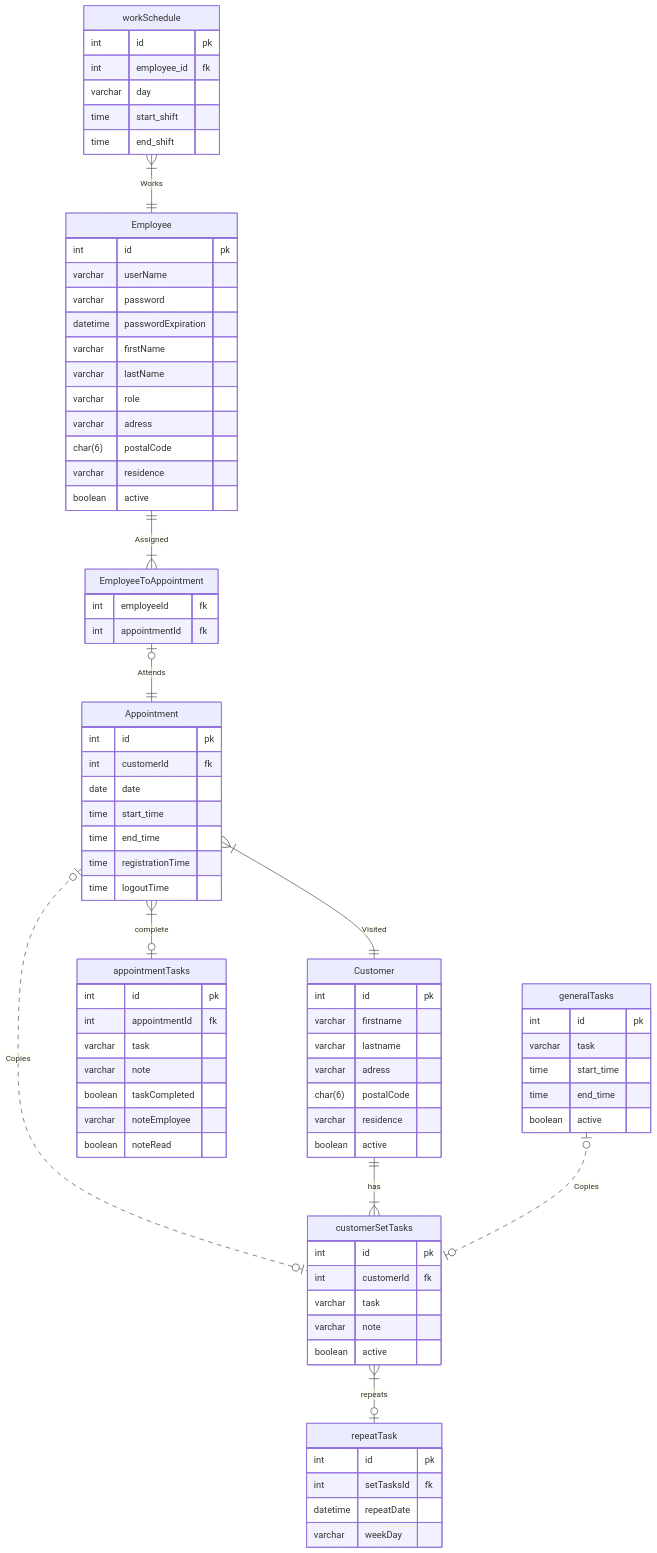
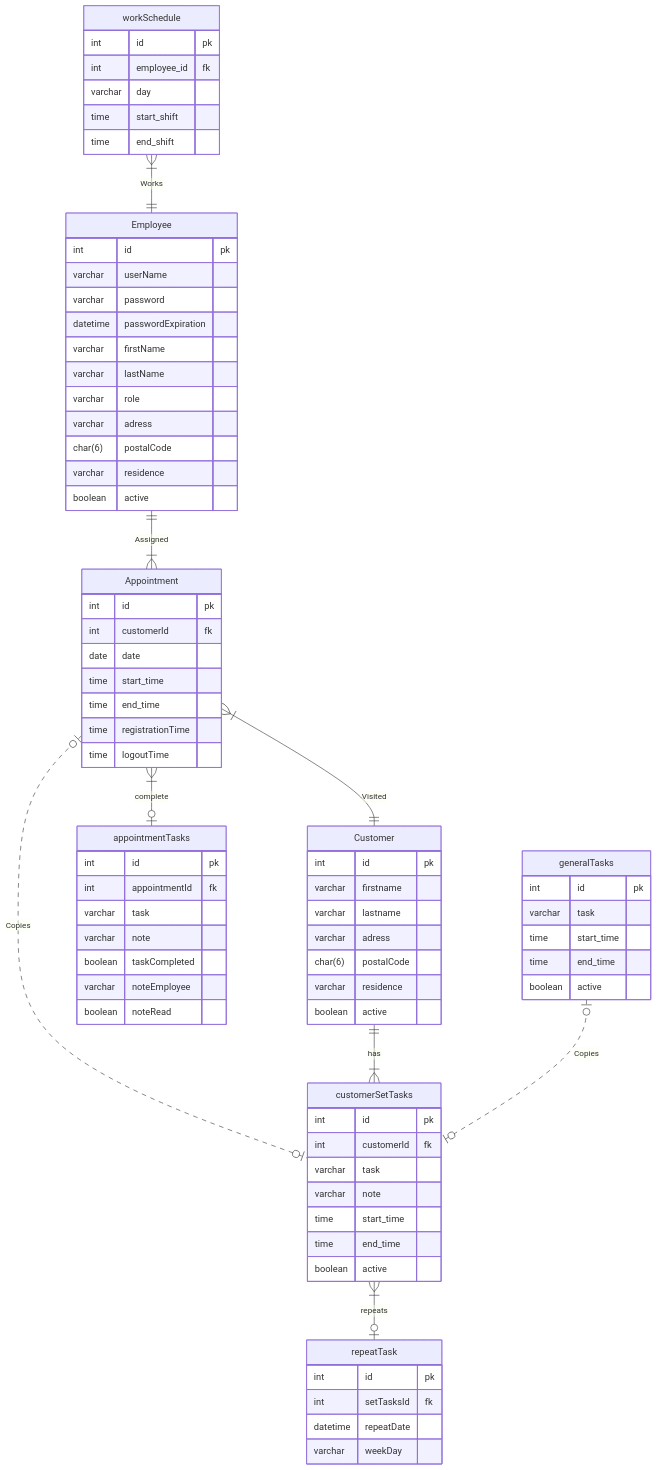
Before and after one commit to Educom-Trainees/educom-zorgApp: the diagram in documentation/ERD.md, drawn with Mermaid.

````diff
--- a/documentation/ERD.md
+++ b/documentation/ERD.md
@@ -1,6 +1,6 @@
 ```mermaid
 erDiagram
-  Employee ||--|{ EmployeeToAppointment : Assigned
+  Employee ||--|{ Appointment  : Assigned
   Employee{
   int id pk
   varchar userName
@@ -25,11 +25,6 @@
   time end_shift
   }
 
-  EmployeeToAppointment o|--|| Appointment : Attends
-  EmployeeToAppointment{
-  int employeeId fk
-  int appointmentId fk
-  }
 
   Appointment }|--|| Customer : Visited
   Appointment }|--|o appointmentTasks : complete
@@ -80,6 +75,8 @@
   int customerId fk
   varchar task
   varchar note
+  time start_time
+  time end_time
   boolean active
   }
 
````
